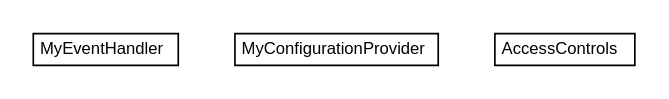
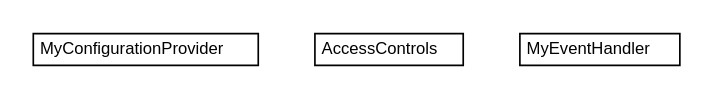
Before and after one commit to trajano/doxdb: the diagram in doxdb-sample-web/apidocs/net/trajano/doxdb/sample/ejb/net.trajano.doxdb.sample.ejb.dot, drawn with Graphviz. The commit also changed 134 other files, not shown here.

```diff
--- a/doxdb-sample-web/apidocs/net/trajano/doxdb/sample/ejb/net.trajano.doxdb.sample.ejb.dot
+++ b/doxdb-sample-web/apidocs/net/trajano/doxdb/sample/ejb/net.trajano.doxdb.sample.ejb.dot
@@ -1,30 +1,30 @@
 #!/usr/local/bin/dot
 #
 # Class diagram 
 # Generated by UMLGraph version R5_6-24-gf6e263 (http://www.umlgraph.org/)
 #
 
 digraph G {
-	edge [fontname="arial",fontsize=10,labelfontname="arial",labelfontsize=10];
-	node [fontname="arial",fontsize=10,shape=plaintext];
+	edge [fontname="Helvetica",fontsize=10,labelfontname="Helvetica",labelfontsize=10];
+	node [fontname="Helvetica",fontsize=10,shape=plaintext];
 	nodesep=0.25;
 	ranksep=0.5;
+	// net.trajano.doxdb.sample.ejb.MyConfigurationProvider
+	c12 [label=<<table title="net.trajano.doxdb.sample.ejb.MyConfigurationProvider" border="0" cellborder="1" cellspacing="0" cellpadding="2" port="p" href="./MyConfigurationProvider.html">
+		<tr><td><table border="0" cellspacing="0" cellpadding="1">
+<tr><td align="center" balign="center"> MyConfigurationProvider </td></tr>
+		</table></td></tr>
+		</table>>, URL="./MyConfigurationProvider.html", fontname="Helvetica", fontcolor="black", fontsize=10.0];
+	// net.trajano.doxdb.sample.ejb.AccessControls
+	c13 [label=<<table title="net.trajano.doxdb.sample.ejb.AccessControls" border="0" cellborder="1" cellspacing="0" cellpadding="2" port="p" href="./AccessControls.html">
+		<tr><td><table border="0" cellspacing="0" cellpadding="1">
+<tr><td align="center" balign="center"> AccessControls </td></tr>
+		</table></td></tr>
+		</table>>, URL="./AccessControls.html", fontname="Helvetica", fontcolor="black", fontsize=10.0];
 	// net.trajano.doxdb.sample.ejb.MyEventHandler
-	c0 [label=<<table title="net.trajano.doxdb.sample.ejb.MyEventHandler" border="0" cellborder="1" cellspacing="0" cellpadding="2" port="p" href="./MyEventHandler.html">
+	c14 [label=<<table title="net.trajano.doxdb.sample.ejb.MyEventHandler" border="0" cellborder="1" cellspacing="0" cellpadding="2" port="p" href="./MyEventHandler.html">
 		<tr><td><table border="0" cellspacing="0" cellpadding="1">
 <tr><td align="center" balign="center"> MyEventHandler </td></tr>
 		</table></td></tr>
-		</table>>, URL="./MyEventHandler.html", fontname="arial", fontcolor="black", fontsize=10.0];
-	// net.trajano.doxdb.sample.ejb.MyConfigurationProvider
-	c1 [label=<<table title="net.trajano.doxdb.sample.ejb.MyConfigurationProvider" border="0" cellborder="1" cellspacing="0" cellpadding="2" port="p" href="./MyConfigurationProvider.html">
-		<tr><td><table border="0" cellspacing="0" cellpadding="1">
-<tr><td align="center" balign="center"> MyConfigurationProvider </td></tr>
-		</table></td></tr>
-		</table>>, URL="./MyConfigurationProvider.html", fontname="arial", fontcolor="black", fontsize=10.0];
-	// net.trajano.doxdb.sample.ejb.AccessControls
-	c2 [label=<<table title="net.trajano.doxdb.sample.ejb.AccessControls" border="0" cellborder="1" cellspacing="0" cellpadding="2" port="p" href="./AccessControls.html">
-		<tr><td><table border="0" cellspacing="0" cellpadding="1">
-<tr><td align="center" balign="center"> AccessControls </td></tr>
-		</table></td></tr>
-		</table>>, URL="./AccessControls.html", fontname="arial", fontcolor="black", fontsize=10.0];
+		</table>>, URL="./MyEventHandler.html", fontname="Helvetica", fontcolor="black", fontsize=10.0];
 }
```
